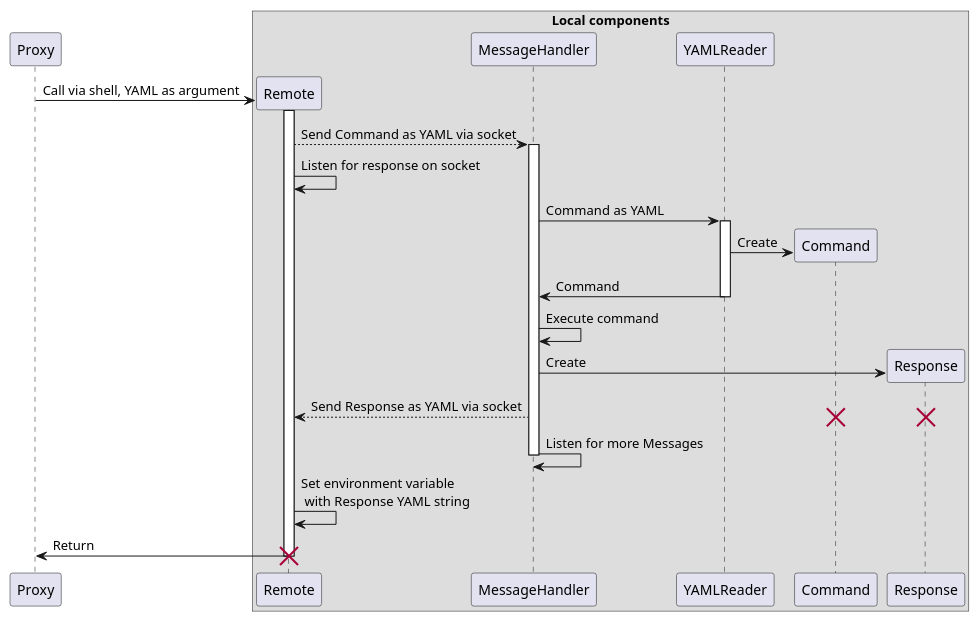
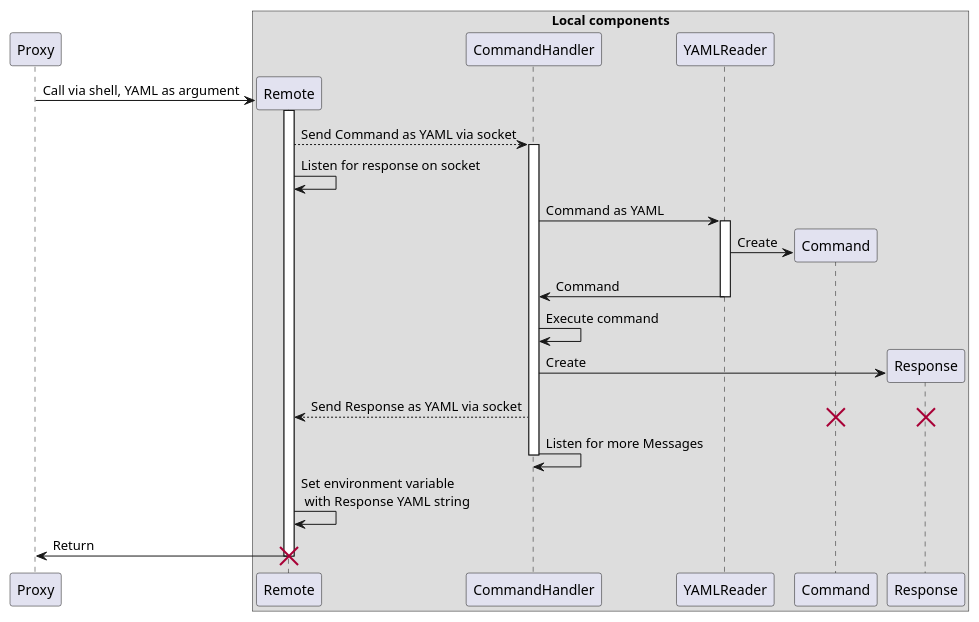
One commit to DistributedTaskScheduling/documentation changed the diagram in design/sequence/remote.puml. Above: the diagram before and after it, drawn with PlantUML.

Commit message:
fixup! Revised proxy sequence diagrams: MessageHandler, envornment variables

```diff
--- a/design/sequence/remote.puml
+++ b/design/sequence/remote.puml
@@ -1,30 +1,30 @@
 @startuml
 
 participant Proxy
 
 box "Local components"
     participant Remote
-    participant MessageHandler
+    participant CommandHandler
     participant YAMLReader
     participant Command
     participant Response
 end box
 
 Proxy -> Remote ** : Call via shell, YAML as argument
 activate Remote
-Remote --> MessageHandler ++ : Send Command as YAML via socket
+Remote --> CommandHandler ++ : Send Command as YAML via socket
 Remote -> Remote : Listen for response on socket
-MessageHandler -> YAMLReader ++ : Command as YAML
+CommandHandler -> YAMLReader ++ : Command as YAML
 YAMLReader -> Command ** : Create
-MessageHandler <- YAMLReader -- : Command
-MessageHandler -> MessageHandler : Execute command
-MessageHandler -> Response ** : Create
-MessageHandler --> Remote : Send Response as YAML via socket
+CommandHandler <- YAMLReader -- : Command
+CommandHandler -> CommandHandler : Execute command
+CommandHandler -> Response ** : Create
+CommandHandler --> Remote : Send Response as YAML via socket
 destroy Command
 destroy Response
-MessageHandler -> MessageHandler : Listen for more Messages
-deactivate MessageHandler
+CommandHandler -> CommandHandler : Listen for more Messages
+deactivate CommandHandler
 Remote -> Remote : Set environment variable \n with Response YAML string
 Proxy <- Remote -- : Return
 destroy Remote
 @enduml
```
